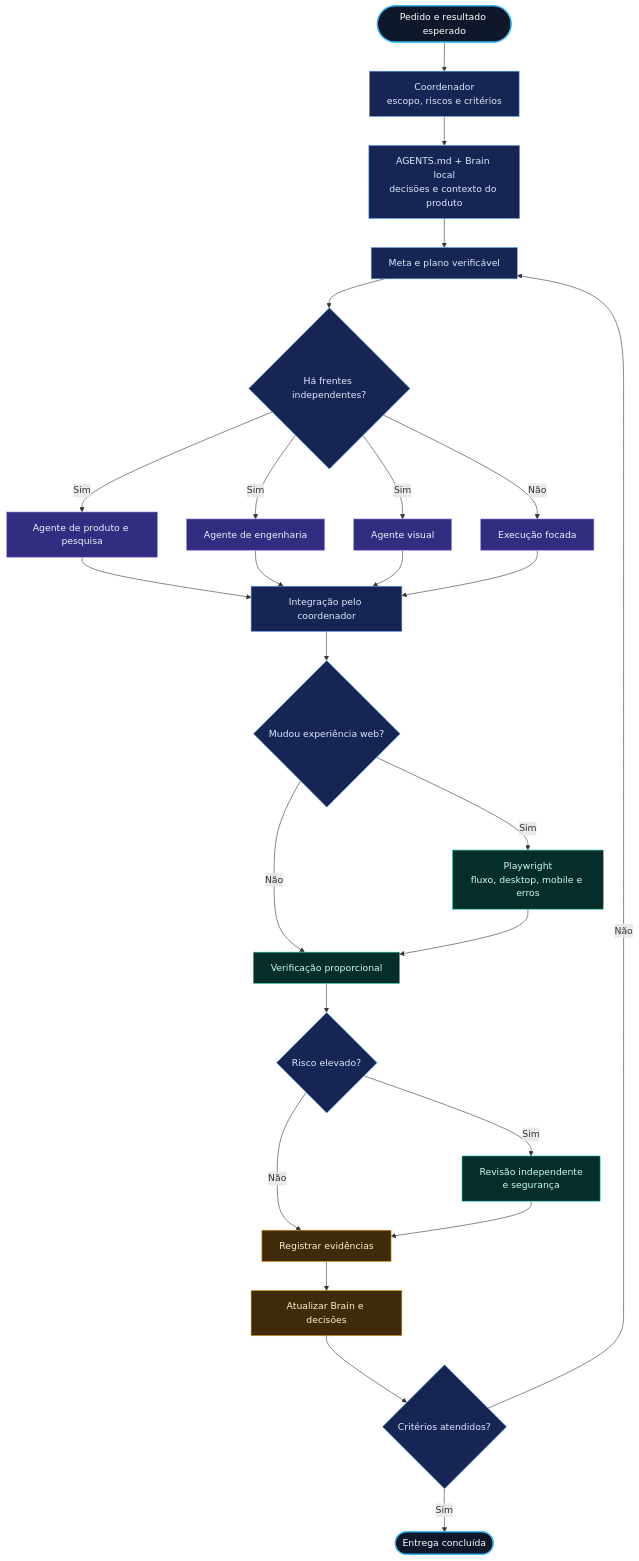
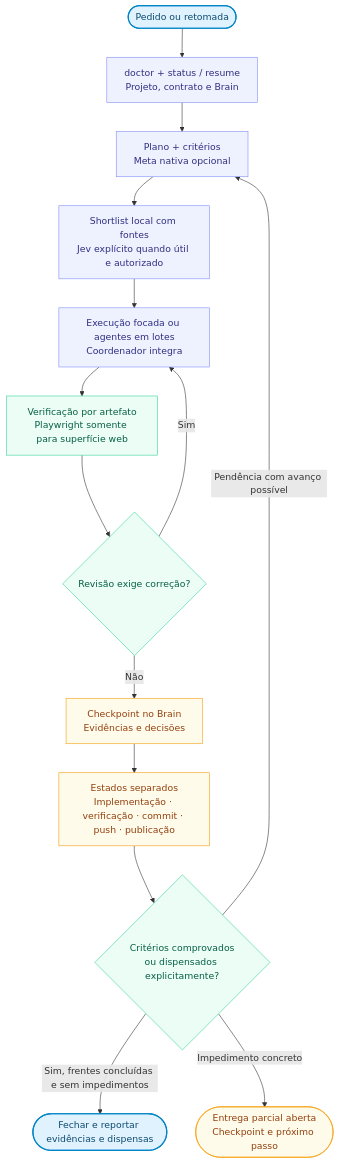
The diagram in plugins/hebe-orchestrator-codex/README.md (HericlisBezerra/hebe-orchestrate-Codex), drawn with Mermaid before and after one commit. The commit also changed other lines of this file and 27 other files, not shown here.

````diff
--- a/plugins/hebe-orchestrator-codex/README.md
+++ b/plugins/hebe-orchestrator-codex/README.md
@@ -9,38 +21,25 @@
 ```mermaid
 flowchart TB
-    U([Pedido e resultado esperado]) --> C[Coordenador<br/>escopo, riscos e critérios]
-    C --> X[AGENTS.md + Brain local<br/>decisões e contexto do produto]
-    X --> G[Meta e plano verificável]
-    G --> D{Há frentes independentes?}
-    D -->|Não| E[Execução focada]
-    D -->|Sim| A1[Agente de produto e pesquisa]
-    D -->|Sim| A2[Agente de engenharia]
-    D -->|Sim| A3[Agente visual]
-    A1 --> I[Integração pelo coordenador]
-    A2 --> I
-    A3 --> I
-    E --> I
-    I --> W{Mudou experiência web?}
-    W -->|Sim| P[Playwright<br/>fluxo, desktop, mobile e erros]
-    W -->|Não| V[Verificação proporcional]
-    P --> V
-    V --> S{Risco elevado?}
-    S -->|Sim| R[Revisão independente<br/>e segurança]
-    S -->|Não| K[Registrar evidências]
-    R --> K
-    K --> B[Atualizar Brain e decisões]
-    B --> F{Critérios atendidos?}
-    F -->|Não| G
-    F -->|Sim| Z([Entrega concluída])
+    A(["Pedido ou retomada"]) --> D["doctor + status / resume<br/>Projeto, contrato e Brain"]
+    D --> P["Plano + critérios<br/>Meta nativa opcional"]
+    P --> C["Shortlist local com fontes<br/>Jev explícito quando útil e autorizado"]
+    C --> E["Execução focada ou agentes em lotes<br/>Coordenador integra"]
+    E --> V["Verificação por artefato<br/>Playwright somente para superfície web"]
+    V --> R{"Revisão exige correção?"}
+    R -->|Sim| E
+    R -->|Não| B["Checkpoint no Brain<br/>Evidências e decisões"]
+    B --> S["Estados separados<br/>Implementação · verificação · commit · push · publicação"]
+    S --> F{"Critérios comprovados<br/>ou dispensados explicitamente?"}
+    F -->|Sim, frentes concluídas e sem impedimentos| Z(["Fechar e reportar evidências e dispensas"])
+    F -->|Pendência com avanço possível| P
+    F -->|Impedimento concreto| H(["Entrega parcial aberta<br/>Checkpoint e próximo passo"])
 
-    classDef input fill:#0f172a,color:#fff,stroke:#38bdf8,stroke-width:2px;
-    classDef control fill:#172554,color:#dbeafe,stroke:#60a5fa;
-    classDef agent fill:#312e81,color:#eef2ff,stroke:#a78bfa;
-    classDef verify fill:#052e2b,color:#ccfbf1,stroke:#2dd4bf;
-    classDef memory fill:#3f2a09,color:#fef3c7,stroke:#f59e0b;
-    class U,Z input;
-    class C,X,G,D,I,W,S,F control;
-    class A1,A2,A3,E agent;
-    class P,V,R verify;
-    class K,B memory;
+    classDef entry fill:#e0f2fe,color:#0c4a6e,stroke:#0284c7,stroke-width:2px;
+    classDef work fill:#eef2ff,color:#312e81,stroke:#818cf8;
+    classDef verify fill:#ecfdf5,color:#065f46,stroke:#34d399;
+    classDef memory fill:#fffbeb,color:#92400e,stroke:#f59e0b;
+    class A,Z entry;
+    class D,P,C,E work;
+    class V,R,F verify;
+    class B,S,H memory;
 ```
````
